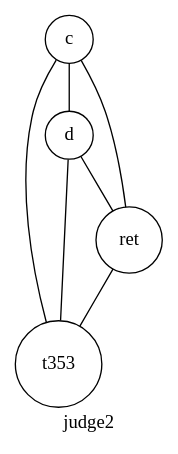
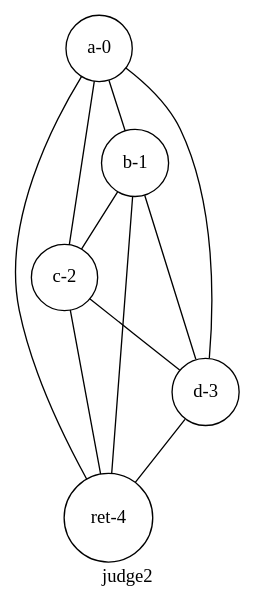
Before and after one commit to yifan123/Compiler: the diagram in Compiler/basic_block/conflict_graph/judge2.dot, drawn with Graphviz. The commit also changed 392 other files, not shown here.

Commit message:
完工，做了以下优化： 1. 常量折叠 2. 划分基本块并使用graphviz绘制控制流图 3. 在parser时直接将所有常量的值计算出来 4. 到达定义分析，计算d-u链和活跃变量分析 5. 构建冲突图，图着色 6. 全局寄存器分配加寄存器池 7.栈传参改为寄存器传参

```diff
--- a/Compiler/basic_block/conflict_graph/judge2.dot
+++ b/Compiler/basic_block/conflict_graph/judge2.dot
@@ -1,13 +1,18 @@
 graph judge2{
 label =judge2
-t353[label="t353", shape=circle, style=filled, fillcolor=White]
-c[label="c", shape=circle, style=filled, fillcolor=White]
-d[label="d", shape=circle, style=filled, fillcolor=White]
-ret[label="ret", shape=circle, style=filled, fillcolor=White]
+a[label="a-0", shape=circle, style=filled, fillcolor=White]
+b[label="b-1", shape=circle, style=filled, fillcolor=White]
+c[label="c-2", shape=circle, style=filled, fillcolor=White]
+d[label="d-3", shape=circle, style=filled, fillcolor=White]
+ret[label="ret-4", shape=circle, style=filled, fillcolor=White]
+a--b
+a--c
+a--d
+a--ret
+b--c
+b--d
+b--ret
 c--d
 c--ret
-c--t353
 d--ret
-d--t353
-ret--t353
 }
```
